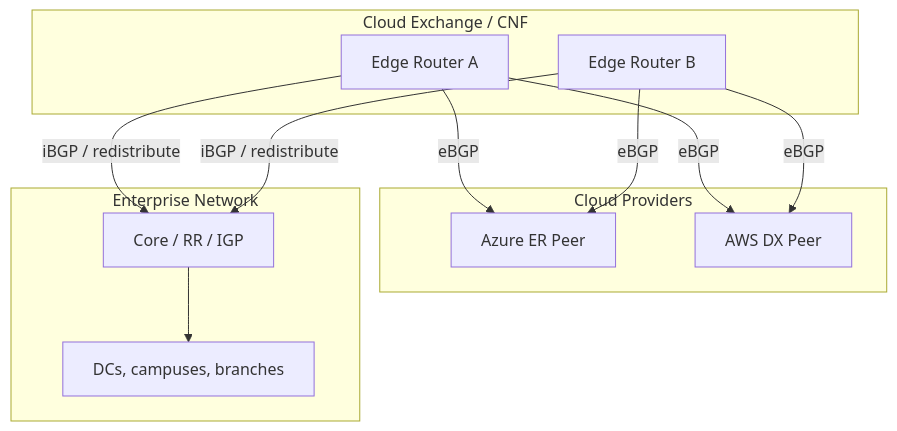
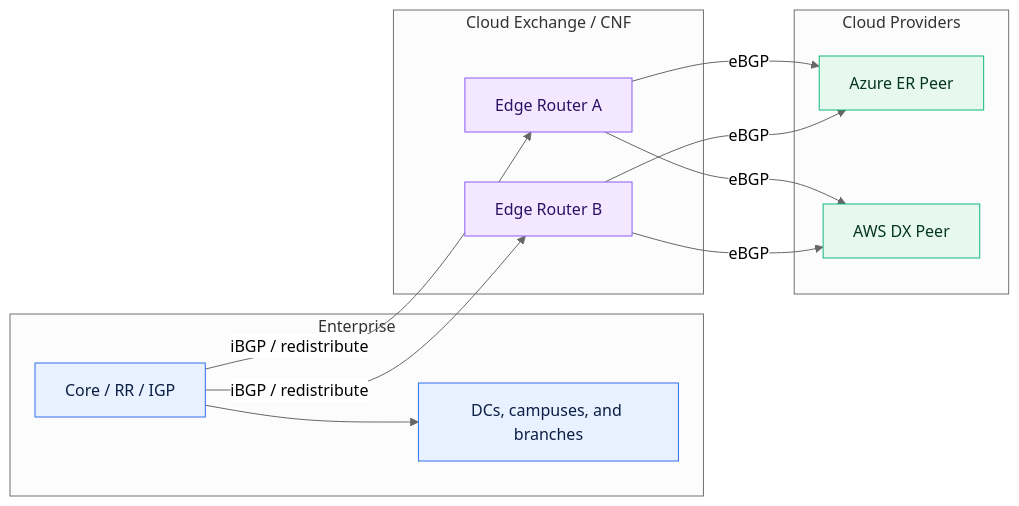
One commit to simonpainter/www.simonpainter.com changed the second of 5 diagrams in blog/bgp-for-enterprise-cloud-connectivity.md. Above: the diagram before and after it, drawn with Mermaid. The commit also changed other lines of this file, not shown here.

Commit message:
Standardise Mermaid diagram styling

````diff
--- a/blog/bgp-for-enterprise-cloud-connectivity.md
+++ b/blog/bgp-for-enterprise-cloud-connectivity.md
@@ -191,28 +196,33 @@
 ```mermaid
-flowchart TB
+%%{init: {'theme':'neutral','flowchart':{'curve':'basis'},'themeVariables':{'fontFamily':'Inter, system-ui, -apple-system, Segoe UI, Roboto, Helvetica, Arial'}}}%%
+flowchart LR
+  classDef enterprise fill:#E8F1FF,stroke:#2F6FED,stroke-width:1px,color:#0B1F44;
+  classDef cloud fill:#E7F8EF,stroke:#10B981,stroke-width:1px,color:#05361F;
+  classDef edge fill:#F3E8FF,stroke:#8B5CF6,stroke-width:1px,color:#2E1065;
+
+  subgraph Enterprise[Enterprise]
+    Core[Core / RR / IGP]:::enterprise
+    Sites[DCs, campuses, and branches]:::enterprise
+  end
+
   subgraph CNF[Cloud Exchange / CNF]
-    ER1[Edge Router A]
-    ER2[Edge Router B]
+    ER1[Edge Router A]:::edge
+    ER2[Edge Router B]:::edge
   end
 
   subgraph Cloud[Cloud Providers]
-    AZ[Azure ER Peer]
-    AWS[AWS DX Peer]
+    AZ[Azure ER Peer]:::cloud
+    AWS[AWS DX Peer]:::cloud
   end
 
-  subgraph Enterprise[Enterprise Network]
-    Core[Core / RR / IGP]
-    Sites[DCs, campuses, branches]
-  end
+  Core --> Sites
+  Core -- iBGP / redistribute --> ER1
+  Core -- iBGP / redistribute --> ER2
 
   ER1 -- eBGP --> AZ
   ER1 -- eBGP --> AWS
   ER2 -- eBGP --> AZ
   ER2 -- eBGP --> AWS
 
-  ER1 -- iBGP / redistribute --> Core
-  ER2 -- iBGP / redistribute --> Core
-  Core --> Sites
-
-  %% CNF provides L2 handoff to the cloud peers
+  %% CNF provides an L2 handoff to the cloud peers.
 ```
````
